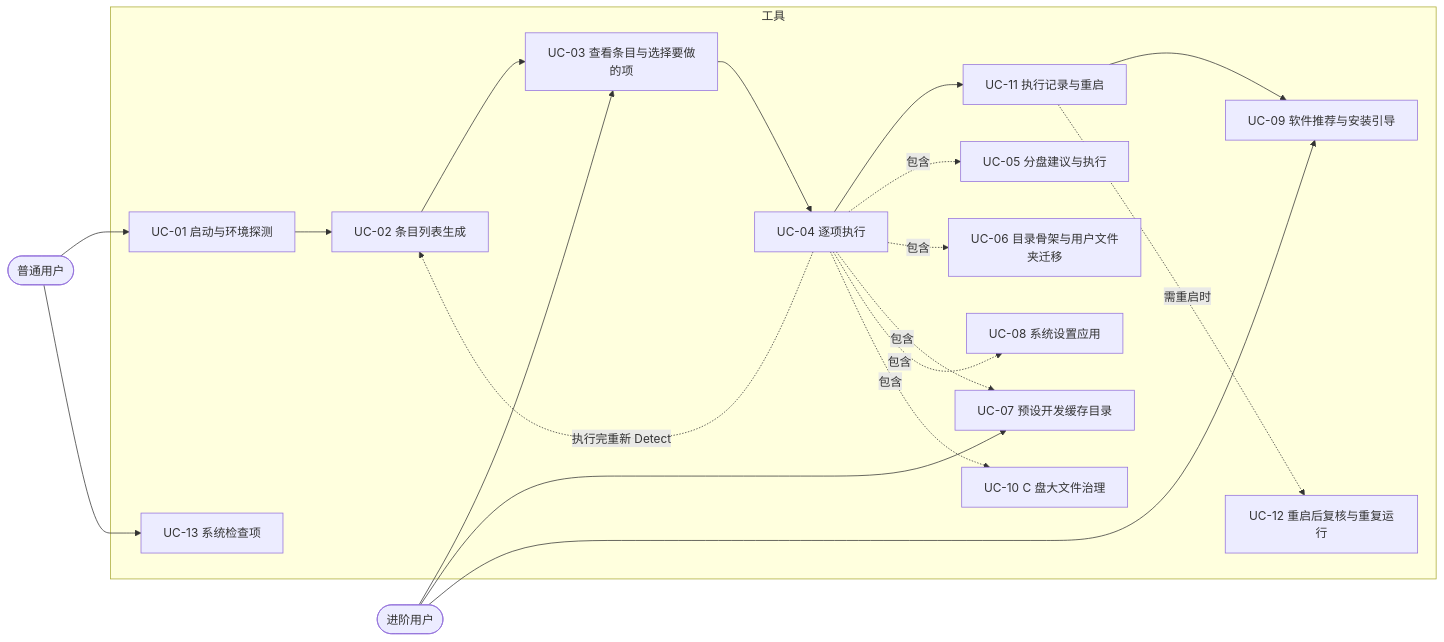
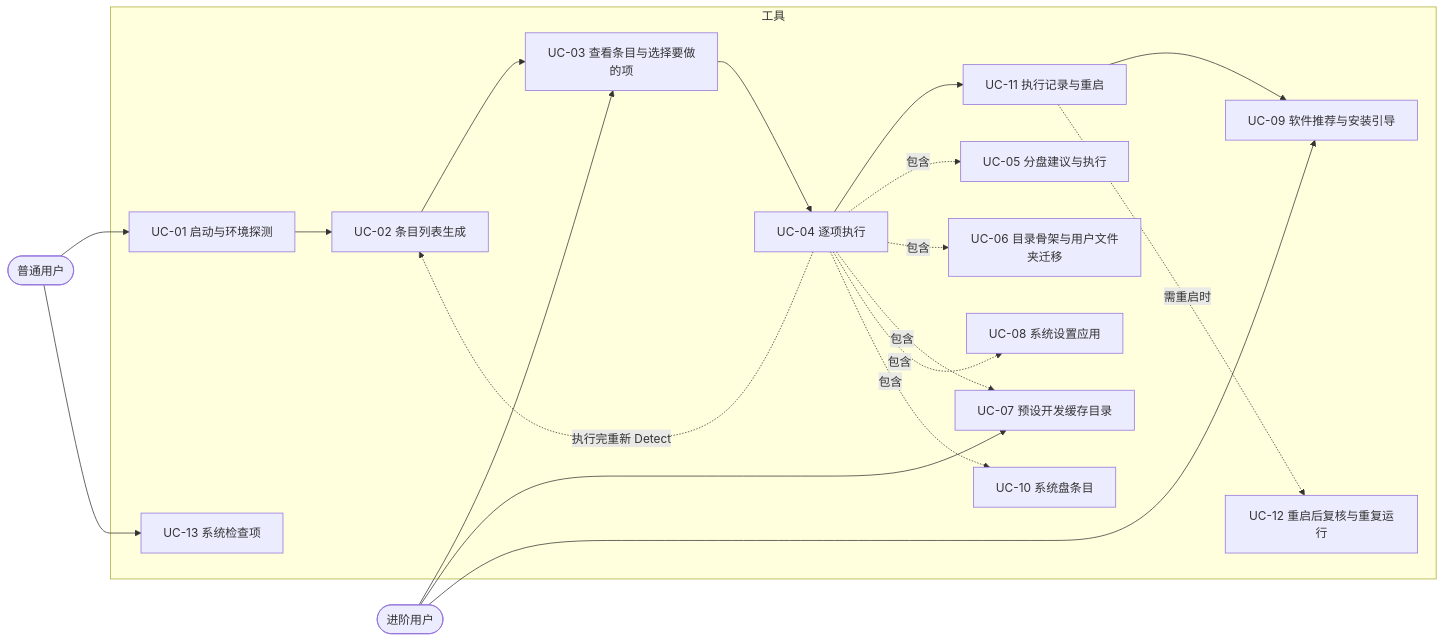
Before and after one commit to CookPiu/WinHomestead: the first of 8 diagrams in docs/02-用例与用户流程.md, drawn with Mermaid. The commit also changed other lines of this file and 18 other files, not shown here.

````diff
--- a/docs/02-用例与用户流程.md
+++ b/docs/02-用例与用户流程.md
@@ -24,33 +24,33 @@
 ```mermaid
 flowchart LR
   U([普通用户])
   P([进阶用户])
   subgraph 工具
     UC01[UC-01 启动与环境探测]
     UC02[UC-02 条目列表生成]
     UC03[UC-03 查看条目与选择要做的项]
     UC04[UC-04 逐项执行]
     UC05[UC-05 分盘建议与执行]
     UC06[UC-06 目录骨架与用户文件夹迁移]
     UC07[UC-07 预设开发缓存目录]
     UC08[UC-08 系统设置应用]
     UC09[UC-09 软件推荐与安装引导]
-    UC10[UC-10 C 盘大文件治理]
+    UC10[UC-10 系统盘条目]
     UC11[UC-11 执行记录与重启]
     UC12[UC-12 重启后复核与重复运行]
     UC13[UC-13 系统检查项]
   end
   U --> UC01 --> UC02 --> UC03 --> UC04 --> UC11
   UC04 -.执行完重新 Detect.-> UC02
   UC04 -.包含.-> UC05
   UC04 -.包含.-> UC06
   UC04 -.包含.-> UC07
   UC04 -.包含.-> UC08
   UC04 -.包含.-> UC10
   UC11 --> UC09
   UC11 -.需重启时.-> UC12
   U --> UC13
   P --> UC03
   P --> UC07
   P --> UC09
 ```
````
